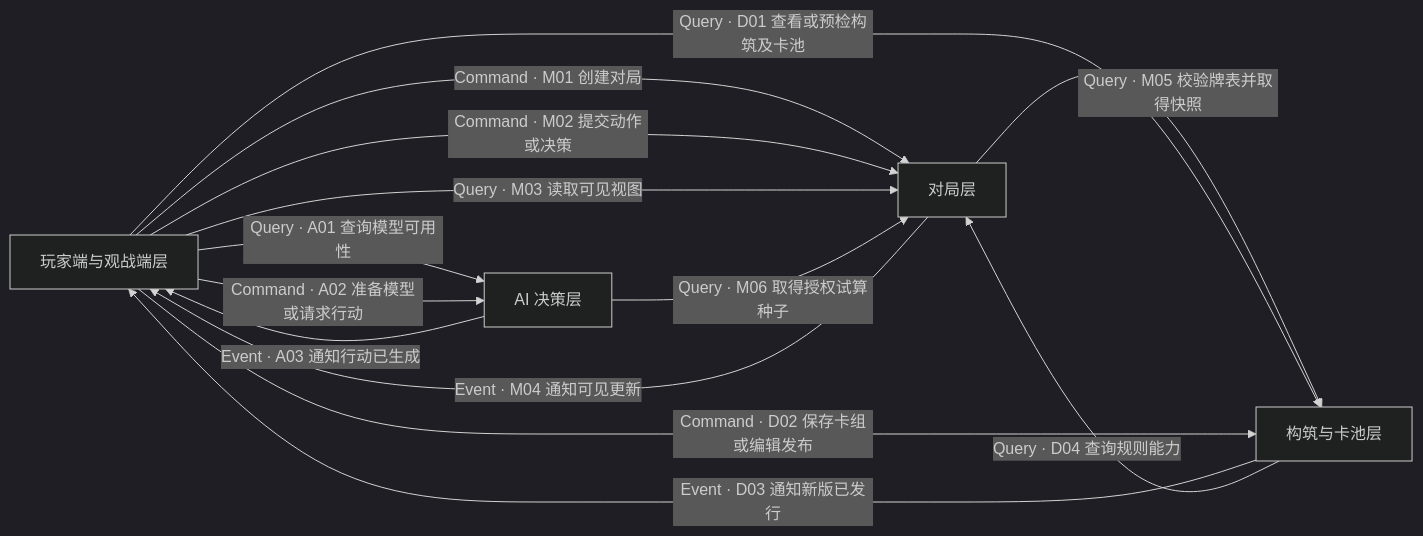
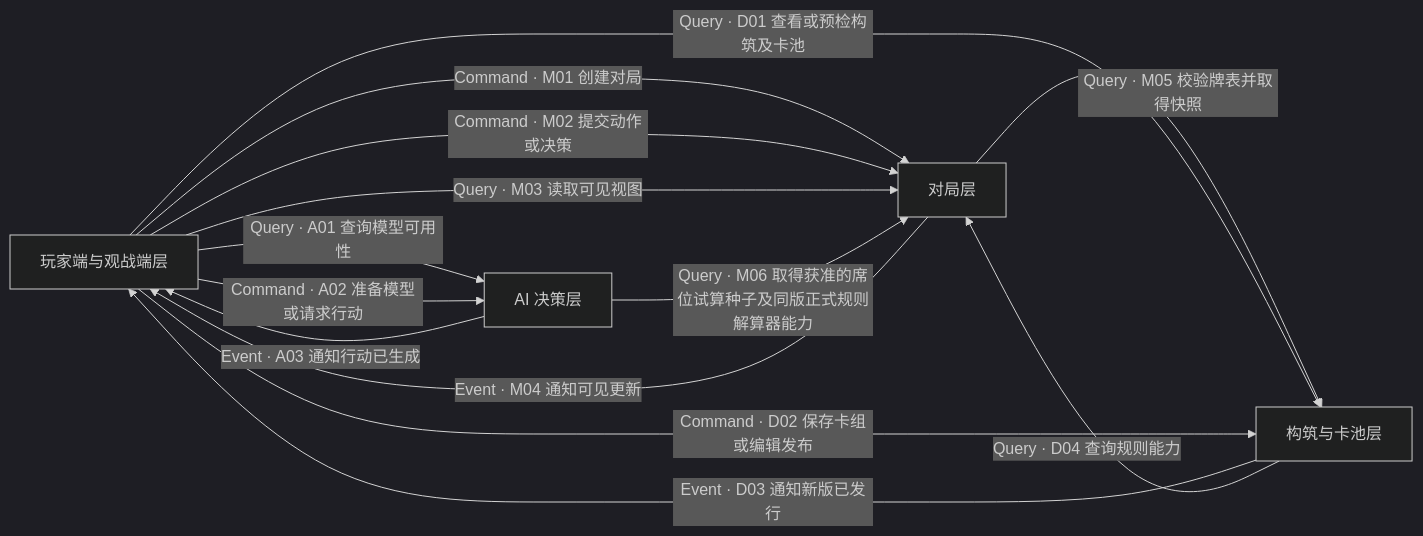
The first of 5 diagrams in specs/001-offline-game-refactor/contracts/layer-boundaries.md (jigejiqiangshou/Critical-Provisional), drawn with Mermaid (dark theme) before and after one commit. The commit also changed other lines of this file and 8 other files, not shown here.

````diff
--- a/specs/001-offline-game-refactor/contracts/layer-boundaries.md
+++ b/specs/001-offline-game-refactor/contracts/layer-boundaries.md
@@ -7,20 +7,20 @@
 ```mermaid
 flowchart LR
   C["玩家端与观战端层"]
   M["对局层"]
   A["AI 决策层"]
   D["构筑与卡池层"]
   C -->|"Command · M01 创建对局"| M
   C -->|"Command · M02 提交动作或决策"| M
   C -->|"Query · M03 读取可见视图"| M
   M -->|"Event · M04 通知可见更新"| C
   M -->|"Query · M05 校验牌表并取得快照"| D
-  A -->|"Query · M06 取得授权试算种子"| M
+  A -->|"Query · M06 取得获准的席位试算种子及同版正式规则解算器能力"| M
   C -->|"Query · A01 查询模型可用性"| A
   C -->|"Command · A02 准备模型或请求行动"| A
   A -->|"Event · A03 通知行动已生成"| C
   C -->|"Query · D01 查看或预检构筑及卡池"| D
   C -->|"Command · D02 保存卡组或编辑发布"| D
   D -->|"Event · D03 通知新版已发行"| C
   D -->|"Query · D04 查询规则能力"| M
 ```
````
